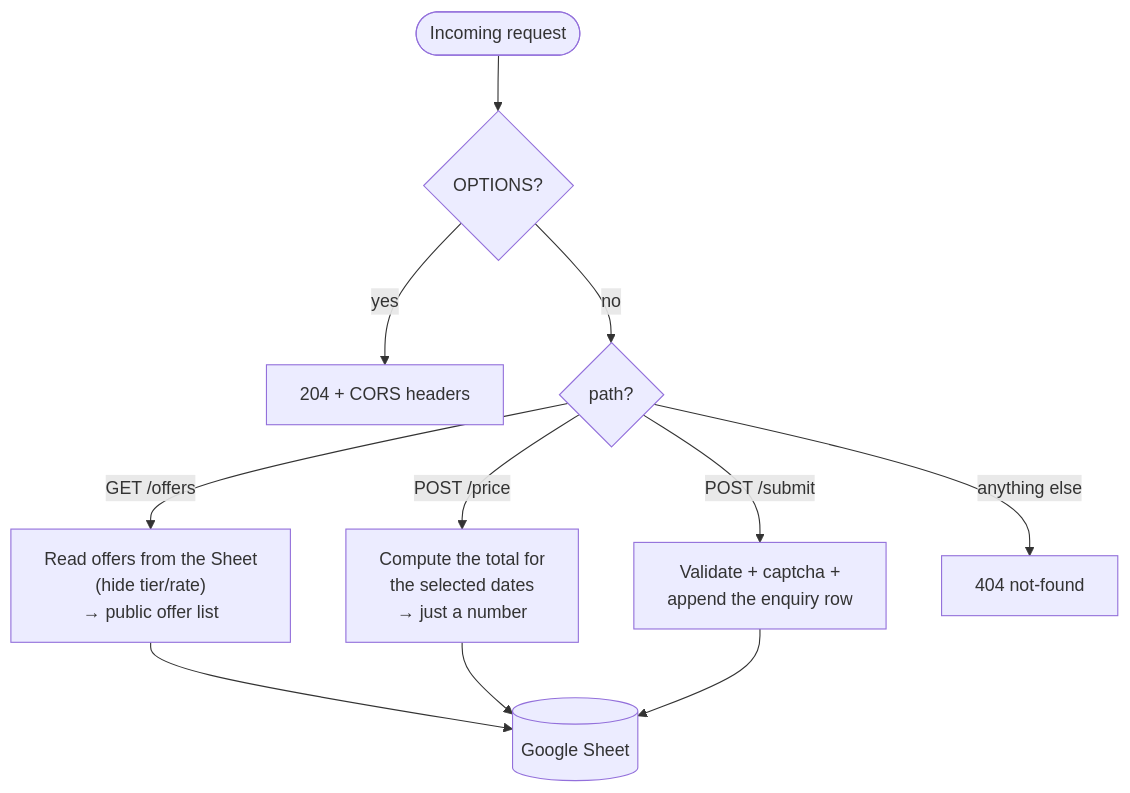
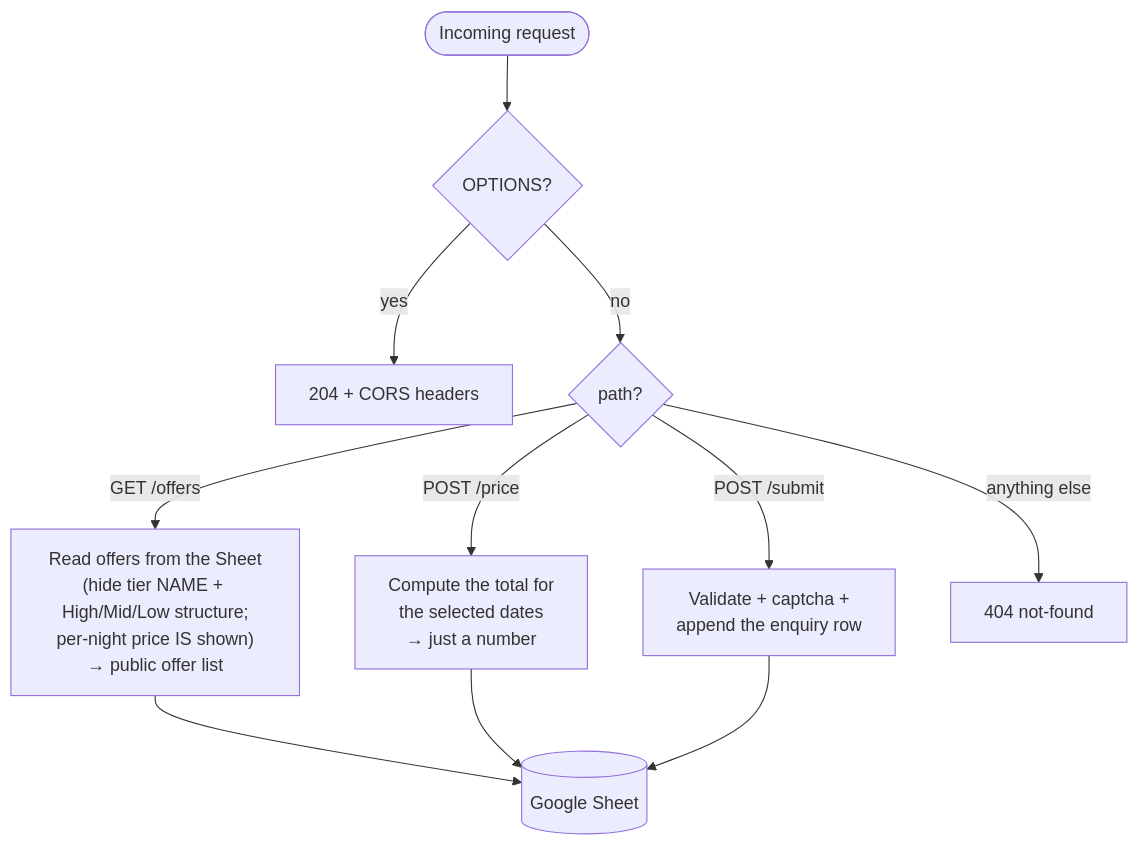
One commit to NoobCoder1209/vayana-bungalows changed the third of 9 diagrams in docs/ARCHITECTURE.md. Above: the diagram before and after it, drawn with Mermaid. The commit also changed other lines of this file, not shown here.

First line of the commit message:
docs: fix ARCHITECTURE.md accuracy (review findings)

````diff
--- a/docs/ARCHITECTURE.md
+++ b/docs/ARCHITECTURE.md
@@ -93,15 +95,15 @@
 ```mermaid
 flowchart TD
     Req([Incoming request]) --> CORS{"OPTIONS?"}
     CORS -->|yes| P204["204 + CORS headers"]
     CORS -->|no| Route{"path?"}
 
-    Route -->|GET /offers| Offers["Read offers from the Sheet<br/>(hide tier/rate)<br/>→ public offer list"]
+    Route -->|GET /offers| Offers["Read offers from the Sheet<br/>(hide tier NAME + High/Mid/Low structure;<br/>per-night price IS shown)<br/>→ public offer list"]
     Route -->|POST /price| Price["Compute the total for<br/>the selected dates<br/>→ just a number"]
     Route -->|POST /submit| Submit["Validate + captcha +<br/>append the enquiry row"]
     Route -->|anything else| P404["404 not-found"]
 
     Offers --> Sheet[("Google Sheet")]
     Price --> Sheet
     Submit --> Sheet
 ```
````
